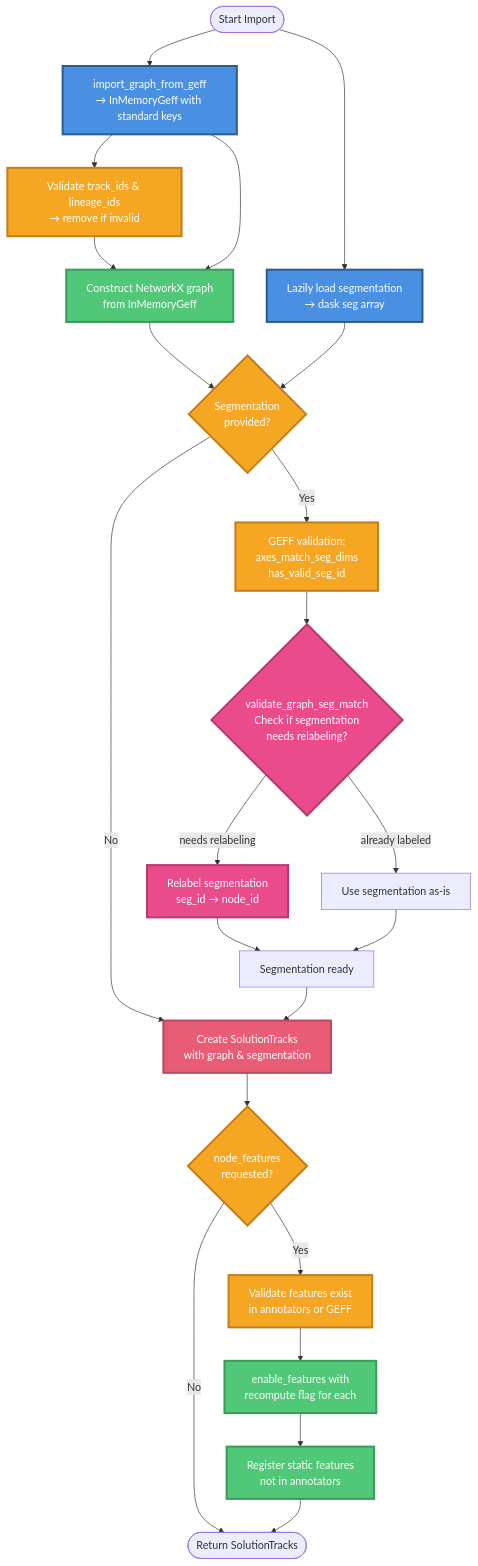
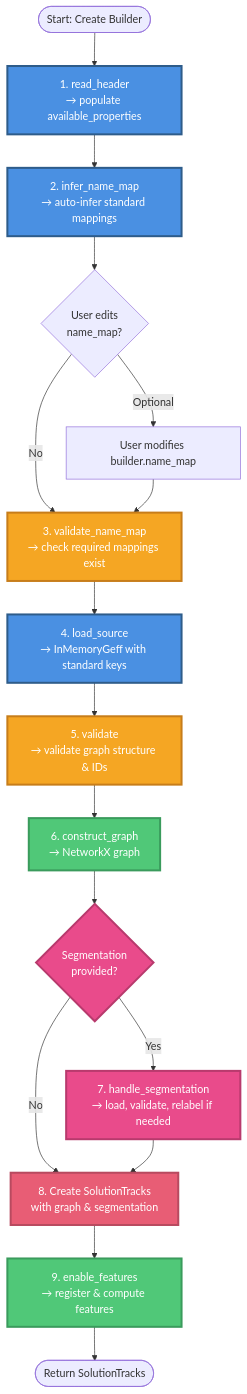
Before and after one commit to funkelab/funtracks: the diagram in docs/import-flow.md, drawn with Mermaid. The commit also changed other lines of this file and 18 other files, not shown here.

Commit message:
Implement builder pattern for GEFF and CSV import

````diff
--- a/docs/import-flow.md
+++ b/docs/import-flow.md
@@ -5,51 +9,41 @@
 ```mermaid
 graph TD
-    Start([Start Import]) --> ImportGraph[import_graph_from_geff<br/>→ InMemoryGeff with standard keys]
-    Start --> LoadSeg[Lazily load segmentation<br/>→ dask seg array]
+    Start([Start: Create Builder]) --> ReadHeader[1. read_header<br/>→ populate available_properties]
 
-    ImportGraph --> ValidateIDs[Validate track_ids & lineage_ids<br/>→ remove if invalid]
+    ReadHeader --> InferMap[2. infer_name_map<br/>→ auto-infer standard mappings]
 
-    ValidateIDs --> ConstructGraph[Construct NetworkX graph<br/>from InMemoryGeff]
-    ImportGraph --> ConstructGraph
+    InferMap --> UserEdit{User edits<br/>name_map?}
+    UserEdit -->|Optional| EditMap[User modifies builder.name_map]
+    UserEdit -->|No| ValidateMap
+    EditMap --> ValidateMap
 
-    ConstructGraph --> ValidateGEFF{Segmentation<br/>provided?}
-    LoadSeg --> ValidateGEFF
+    ValidateMap[3. validate_name_map<br/>→ check required mappings exist]
 
-    ValidateGEFF -->|Yes| GEFFChecks[GEFF validation:<br/>axes_match_seg_dims<br/>has_valid_seg_id]
-    ValidateGEFF -->|No| CreateTracks
+    ValidateMap --> LoadSource[4. load_source<br/>→ InMemoryGeff with standard keys]
 
-    GEFFChecks --> CheckRelabel{validate_graph_seg_match<br/>Check if segmentation<br/>needs relabeling?}
+    LoadSource --> ValidateData[5. validate<br/>→ validate graph structure & IDs]
 
-    CheckRelabel -->|needs relabeling| RelabelSeg[Relabel segmentation<br/>seg_id → node_id]
-    CheckRelabel -->|already labeled| SkipRelabel[Use segmentation as-is]
+    ValidateData --> ConstructGraph[6. construct_graph<br/>→ NetworkX graph]
 
-    RelabelSeg --> SegReady[Segmentation ready]
-    SkipRelabel --> SegReady
+    ConstructGraph --> HandleSeg{Segmentation<br/>provided?}
 
-    SegReady --> CreateTracks[Create SolutionTracks<br/>with graph & segmentation]
+    HandleSeg -->|Yes| LoadSeg[7. handle_segmentation<br/>→ load, validate, relabel if needed]
+    HandleSeg -->|No| CreateTracks
 
-    CreateTracks --> ValidateFeatures{node_features<br/>requested?}
+    LoadSeg --> CreateTracks[8. Create SolutionTracks<br/>with graph & segmentation]
 
-    ValidateFeatures -->|Yes| CheckFeatures[Validate features exist<br/>in annotators or GEFF]
-    ValidateFeatures -->|No| End
+    CreateTracks --> EnableFeatures[9. enable_features<br/>→ register & compute features]
 
-    CheckFeatures --> EnableFeatures[enable_features with<br/>recompute flag for each]
+    EnableFeatures --> End([Return SolutionTracks])
 
-    EnableFeatures --> RegisterStatic[Register static features<br/>not in annotators]
-
-    RegisterStatic --> End([Return SolutionTracks])
-
-    style ImportGraph fill:#4A90E2,stroke:#2E5C8A,stroke-width:3px,color:#fff
-    style LoadSeg fill:#4A90E2,stroke:#2E5C8A,stroke-width:3px,color:#fff
-    style ValidateGEFF fill:#F5A623,stroke:#C77D1A,stroke-width:3px,color:#fff
-    style GEFFChecks fill:#F5A623,stroke:#C77D1A,stroke-width:3px,color:#fff
-    style CheckRelabel fill:#E94B8B,stroke:#B83A6D,stroke-width:3px,color:#fff
-    style RelabelSeg fill:#E94B8B,stroke:#B83A6D,stroke-width:3px,color:#fff
-    style ValidateIDs fill:#F5A623,stroke:#C77D1A,stroke-width:3px,color:#fff
+    style ReadHeader fill:#4A90E2,stroke:#2E5C8A,stroke-width:3px,color:#fff
+    style InferMap fill:#4A90E2,stroke:#2E5C8A,stroke-width:3px,color:#fff
+    style ValidateMap fill:#F5A623,stroke:#C77D1A,stroke-width:3px,color:#fff
+    style LoadSource fill:#4A90E2,stroke:#2E5C8A,stroke-width:3px,color:#fff
+    style ValidateData fill:#F5A623,stroke:#C77D1A,stroke-width:3px,color:#fff
     style ConstructGraph fill:#50C878,stroke:#3A9B5C,stroke-width:3px,color:#fff
+    style HandleSeg fill:#E94B8B,stroke:#B83A6D,stroke-width:3px,color:#fff
+    style LoadSeg fill:#E94B8B,stroke:#B83A6D,stroke-width:3px,color:#fff
     style CreateTracks fill:#E85D75,stroke:#B84A5F,stroke-width:3px,color:#fff
-    style ValidateFeatures fill:#F5A623,stroke:#C77D1A,stroke-width:3px,color:#fff
-    style CheckFeatures fill:#F5A623,stroke:#C77D1A,stroke-width:3px,color:#fff
     style EnableFeatures fill:#50C878,stroke:#3A9B5C,stroke-width:3px,color:#fff
-    style RegisterStatic fill:#50C878,stroke:#3A9B5C,stroke-width:3px,color:#fff
 ```
````
